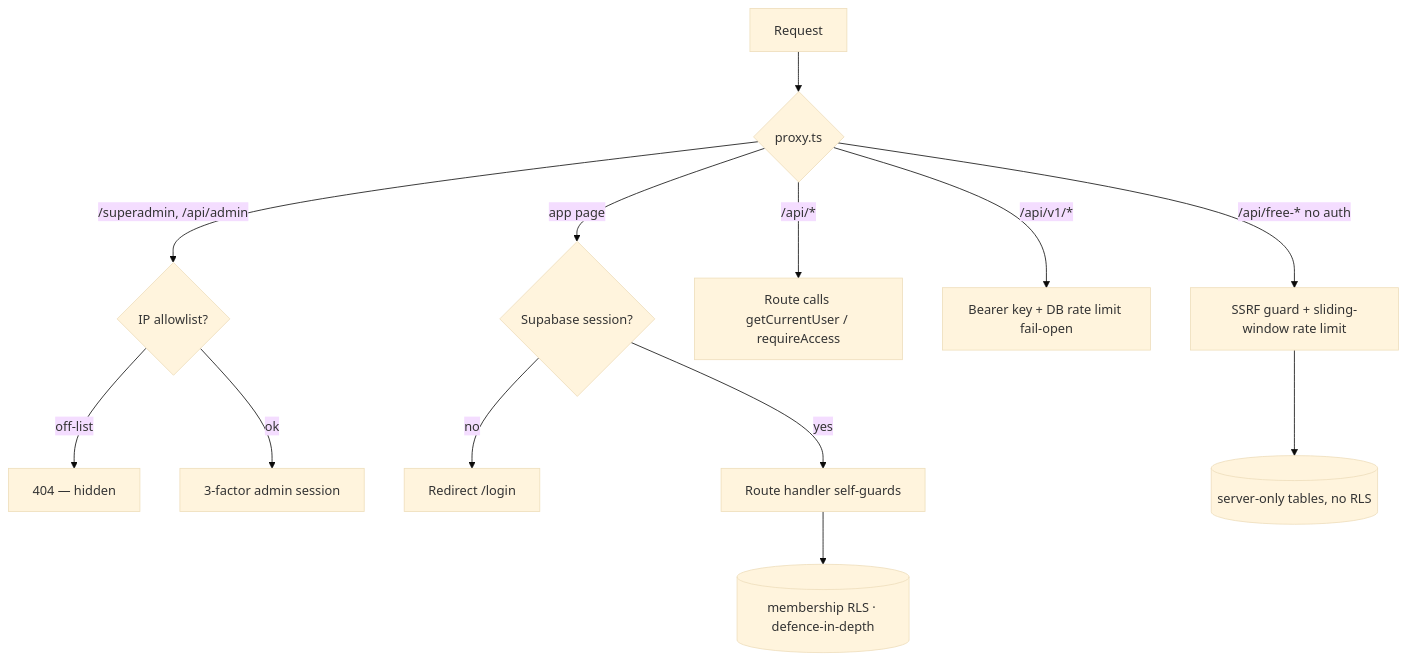
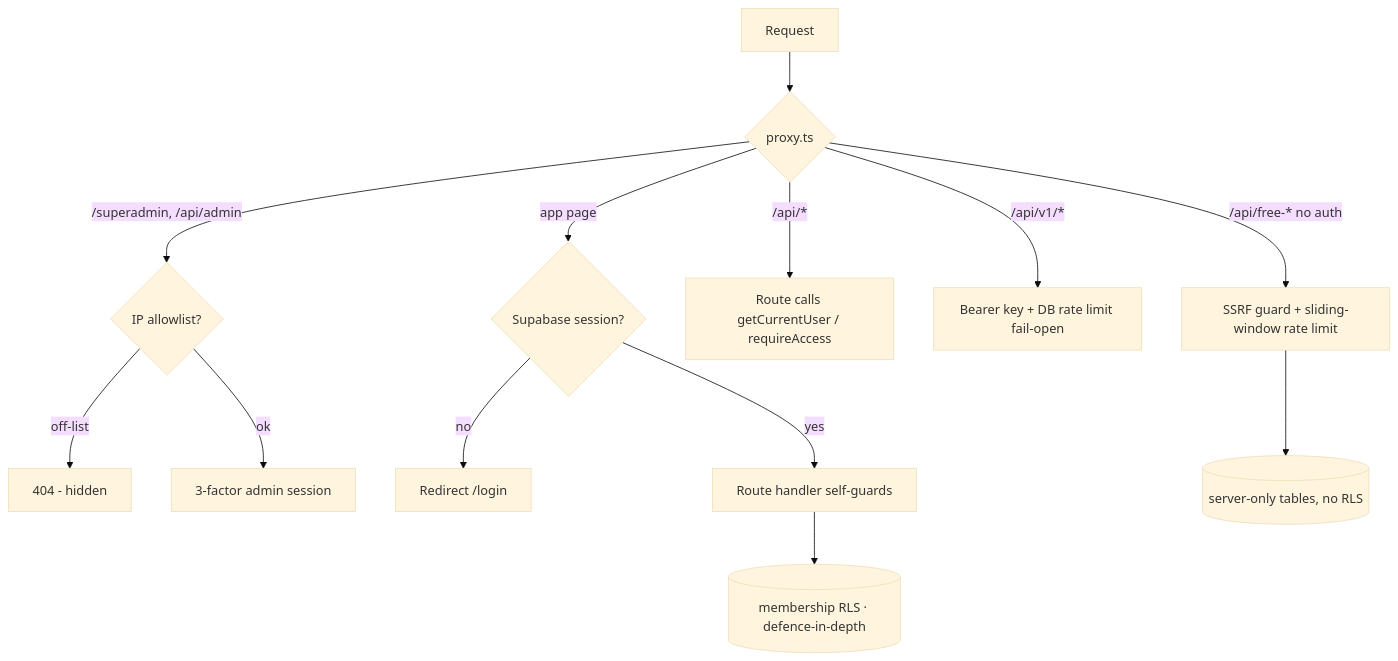
The diagram in backend/security.mdx (biplobghatak/documentation), drawn with Mermaid (base theme) before and after one commit. The commit also changed other lines of this file and 83 other files, not shown here.

````diff
--- a/backend/security.mdx
+++ b/backend/security.mdx
@@ -339,15 +339,15 @@
 ```mermaid
 flowchart TD
   R[Request] --> M{proxy.ts}
   M -->|/superadmin, /api/admin| IP{IP allowlist?}
-  IP -->|off-list| X404[404 — hidden]
+  IP -->|off-list| X404[404 - hidden]
   IP -->|ok| ADM[3-factor admin session]
   M -->|app page| S{Supabase session?}
   S -->|no| L[Redirect /login]
   S -->|yes| APP[Route handler self-guards]
   M -->|/api/*| API[Route calls getCurrentUser / requireAccess]
   M -->|/api/v1/*| V1[Bearer key + DB rate limit fail-open]
   M -->|/api/free-* no auth| FT[SSRF guard + sliding-window rate limit]
   FT --> DB[(server-only tables, no RLS)]
   APP --> RLS[(membership RLS · defence-in-depth)]
 ```
````
